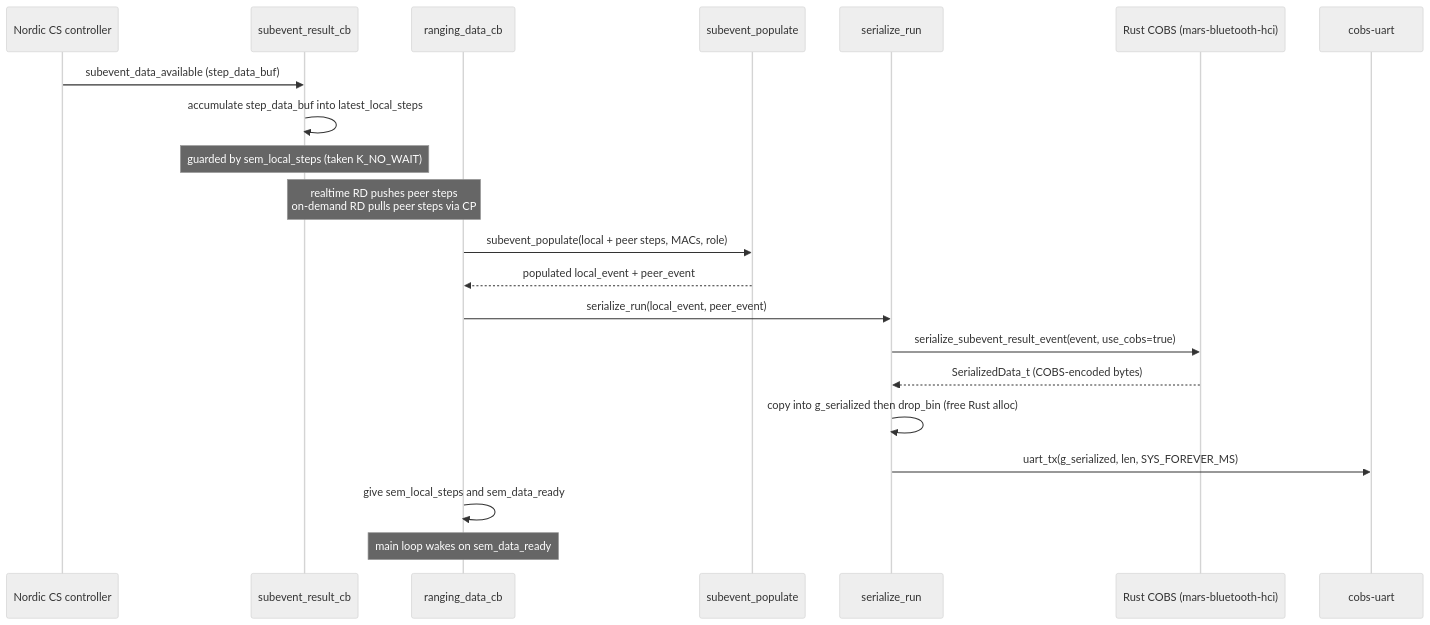
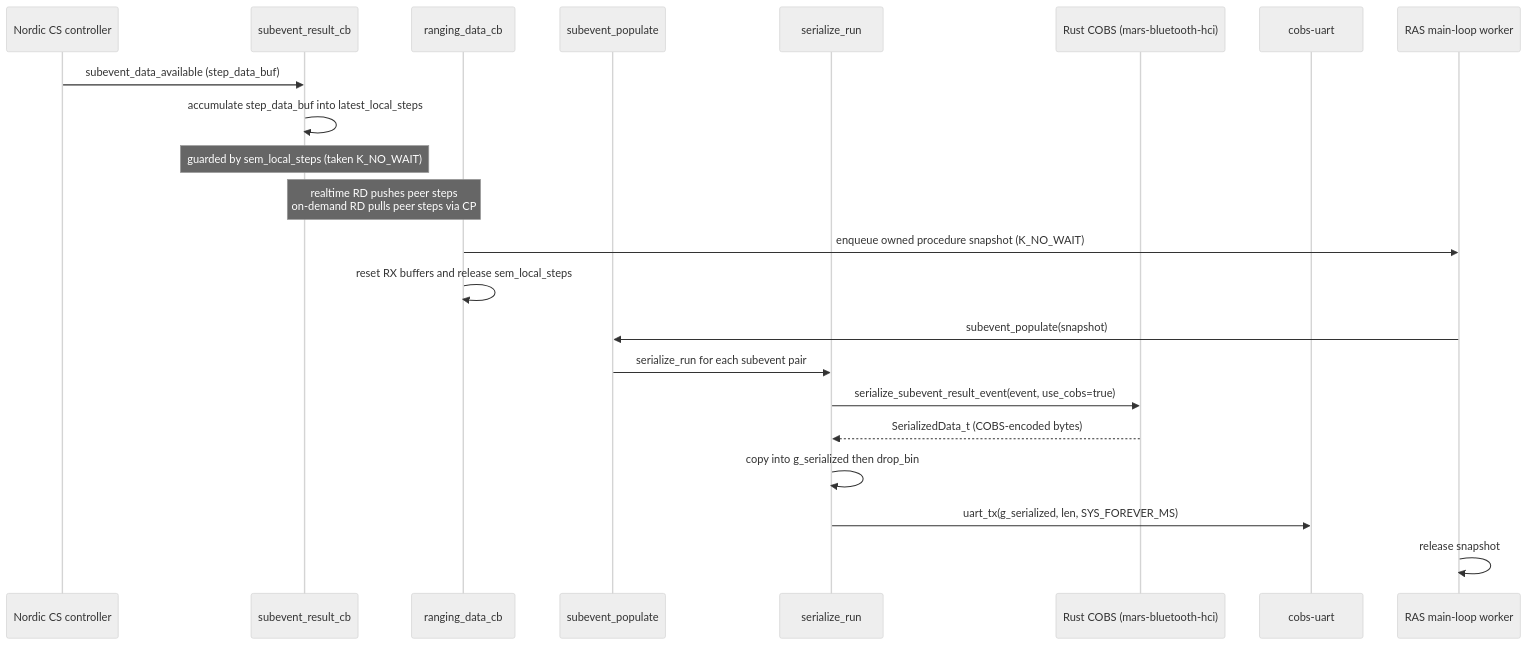
One commit to Metirionic/mars-cs-nrf54l changed the first of 2 diagrams in docs/architecture.md. Above: the diagram before and after it, drawn with Mermaid (neutral theme). The commit also changed other lines of this file and 16 other files, not shown here.

Commit message:
feat: directly send every subevent over uart and enable mode 1 data

````diff
--- a/docs/architecture.md
+++ b/docs/architecture.md
@@ -213,23 +217,24 @@
 ```mermaid
 sequenceDiagram
     participant CTRL as Nordic CS controller
     participant ACC as subevent_result_cb
     participant RAS as ranging_data_cb
     participant POP as subevent_populate
     participant SER as serialize_run
     participant RUST as Rust COBS (mars-bluetooth-hci)
     participant UART as cobs-uart
     CTRL->>ACC: subevent_data_available (step_data_buf)
     ACC->>ACC: accumulate step_data_buf into latest_local_steps
     Note over ACC: guarded by sem_local_steps (taken K_NO_WAIT)
     Note over ACC,RAS: realtime RD pushes peer steps<br/>on-demand RD pulls peer steps via CP
-    RAS->>POP: subevent_populate(local + peer steps, MACs, role)
-    POP-->>RAS: populated local_event + peer_event
-    RAS->>SER: serialize_run(local_event, peer_event)
+    participant MAIN as RAS main-loop worker
+    RAS->>MAIN: enqueue owned procedure snapshot (K_NO_WAIT)
+    RAS->>RAS: reset RX buffers and release sem_local_steps
+    MAIN->>POP: subevent_populate(snapshot)
+    POP->>SER: serialize_run for each subevent pair
     SER->>RUST: serialize_subevent_result_event(event, use_cobs=true)
     RUST-->>SER: SerializedData_t (COBS-encoded bytes)
-    SER->>SER: copy into g_serialized then drop_bin (free Rust alloc)
+    SER->>SER: copy into g_serialized then drop_bin
     SER->>UART: uart_tx(g_serialized, len, SYS_FOREVER_MS)
-    RAS->>RAS: give sem_local_steps and sem_data_ready
-    Note over RAS: main loop wakes on sem_data_ready
+    MAIN->>MAIN: release snapshot
 ```
````
